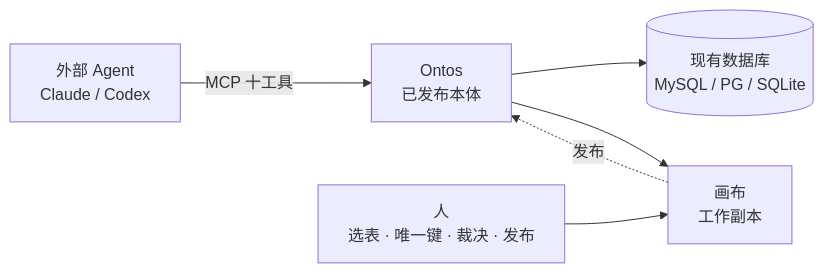
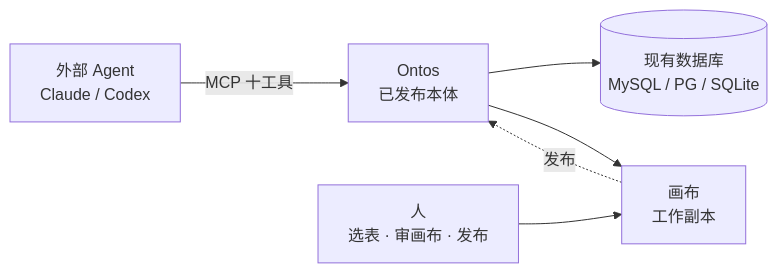
The fourth of 4 diagrams in README.md (majiang213/Ontos), drawn with Mermaid before and after one commit. The commit also changed other lines of this file and 74 other files, not shown here.

````diff
--- a/README.md
+++ b/README.md
@@ -163,8 +163,8 @@
 ```mermaid
 flowchart LR
     A["外部 Agent<br/>Claude / Codex"] -- "MCP 十工具" --> O["Ontos<br/>已发布本体"]
     O --> S[("现有数据库<br/>MySQL / PG / SQLite")]
     O --> C["画布<br/>工作副本"]
-    H["人<br/>选表 · 唯一键 · 裁决 · 发布"] --> C
+    H["人<br/>选表 · 审画布 · 发布"] --> C
     C -. 发布 .-> O
 ```
````
